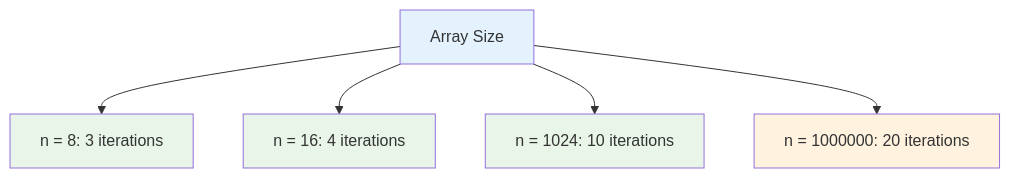
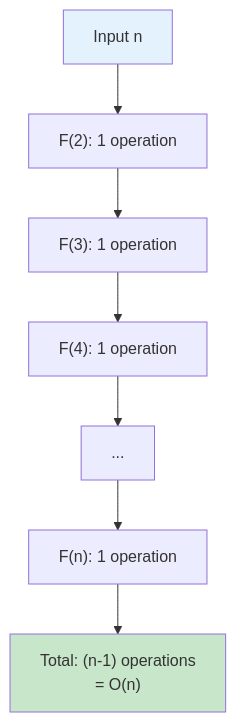
The tenth of 10 diagrams in README.md (LuckyLongre123/README_RUNNER), drawn with Mermaid before and after one commit. The commit also changed other lines of this file, not shown here.

````diff
--- a/README.md
+++ b/README.md
@@ -386,13 +376,12 @@
 ```mermaid
 flowchart TD
-    A["Array Size"] --> B["n = 8: 3 iterations"]
-    A --> C["n = 16: 4 iterations"]
-    A --> D["n = 1024: 10 iterations"]
-    A --> E["n = 1000000: 20 iterations"]
+    A["Input n"] --> B["F(2): 1 operation"]
+    B --> C["F(3): 1 operation"]
+    C --> D["F(4): 1 operation"]
+    D --> E["..."]
+    E --> F["F(n): 1 operation"]
+    F --> G["Total: (n-1) operations<br/>= O(n)"]
     
     style A fill:#e3f2fd
-    style B fill:#e8f5e8
-    style C fill:#e8f5e8
-    style D fill:#e8f5e8
-    style E fill:#fff3e0
+    style G fill:#c8e6c9
 ```
````
